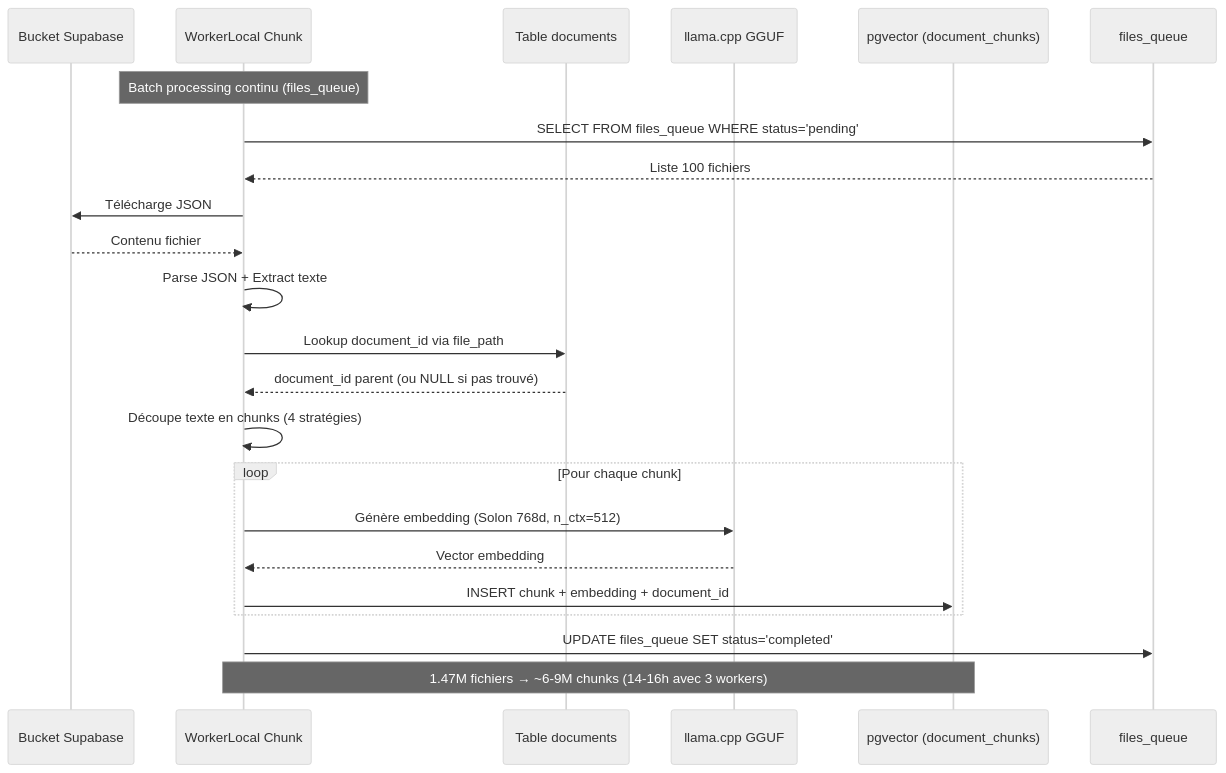
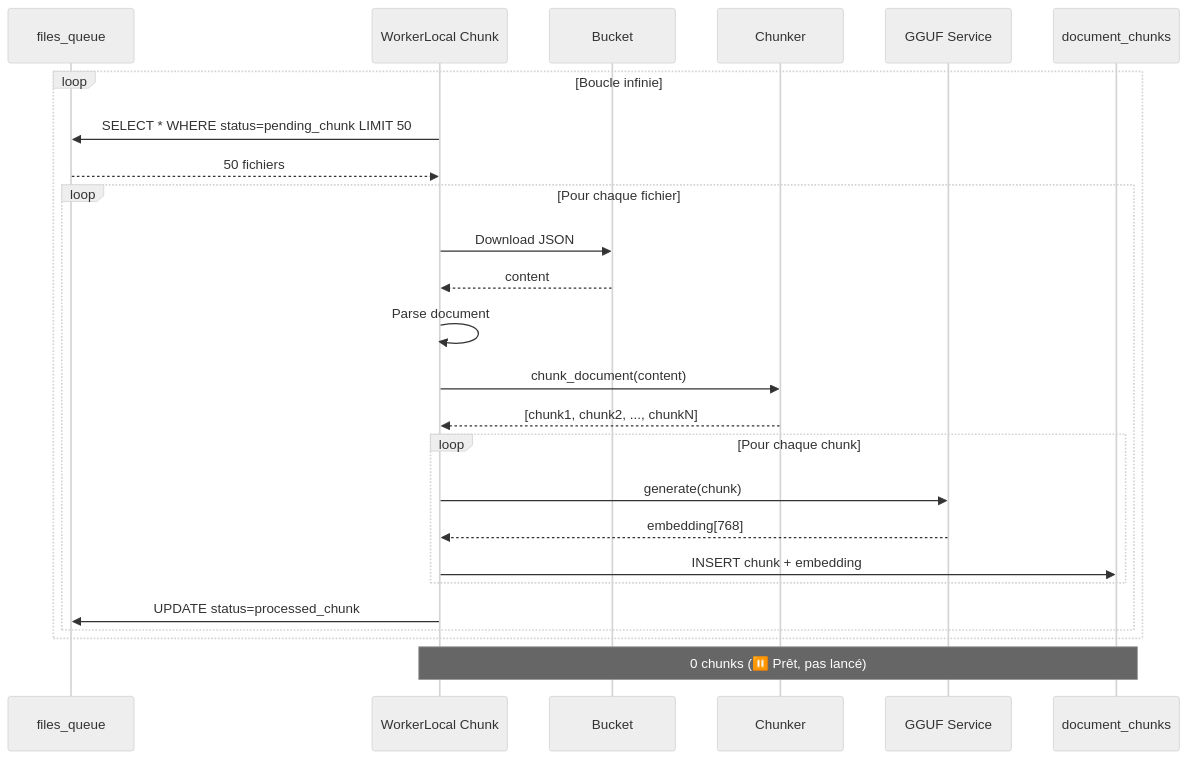
Before and after one commit to Volgine/Documentations-Projets-ArchiReg: the sixth of 6 diagrams in 01-ARCHITECTURE-GLOBALE.md, drawn with Mermaid (neutral theme). The commit also changed other lines of this file and 58 other files, not shown here.

````diff
--- a/01-ARCHITECTURE-GLOBALE.md
+++ b/01-ARCHITECTURE-GLOBALE.md
@@ -233,30 +260,35 @@
 ```mermaid
 sequenceDiagram
-    participant BKT as Bucket Supabase
-    participant WC as WorkerLocal Chunk
-    participant DOC as Table documents
-    participant GGUF as llama.cpp GGUF
-    participant CHK as pgvector (document_chunks)
+    participant FQ as files_queue
+    participant WLC as WorkerLocal Chunk
+    participant BKT as Bucket
+    participant CHUNK as Chunker
+    participant GGUF as GGUF Service
+    participant DB as document_chunks
     
-    participant FQ as files_queue
-    
-    Note over WC: Batch processing continu (files_queue)
-    WC->>FQ: SELECT FROM files_queue WHERE status='pending'
-    FQ-->>WC: Liste 100 fichiers
-    WC->>BKT: Télécharge JSON
-    BKT-->>WC: Contenu fichier
-    WC->>WC: Parse JSON + Extract texte
-    WC->>DOC: Lookup document_id via file_path
-    DOC-->>WC: document_id parent (ou NULL si pas trouvé)
-    WC->>WC: Découpe texte en chunks (4 stratégies)
-    
-    loop Pour chaque chunk
-        WC->>GGUF: Génère embedding (Solon 768d, n_ctx=512)
-        GGUF-->>WC: Vector embedding
-        WC->>CHK: INSERT chunk + embedding + document_id
+    loop Boucle infinie
+        WLC->>FQ: SELECT * WHERE status=pending_chunk LIMIT 50
+        FQ-->>WLC: 50 fichiers
+        
+        loop Pour chaque fichier
+            WLC->>BKT: Download JSON
+            BKT-->>WLC: content
+            
+            WLC->>WLC: Parse document
+            
+            WLC->>CHUNK: chunk_document(content)
+            CHUNK-->>WLC: [chunk1, chunk2, ..., chunkN]
+            
+            loop Pour chaque chunk
+                WLC->>GGUF: generate(chunk)
+                GGUF-->>WLC: embedding[768]
+                
+                WLC->>DB: INSERT chunk + embedding
+            end
+            
+            WLC->>FQ: UPDATE status=processed_chunk
+        end
     end
     
-    WC->>FQ: UPDATE files_queue SET status='completed'
-    
-    Note over WC,CHK: 1.47M fichiers → ~6-9M chunks (14-16h avec 3 workers)
+    Note over WLC,DB: 0 chunks (⏸️ Prêt, pas lancé)
 ```
````
